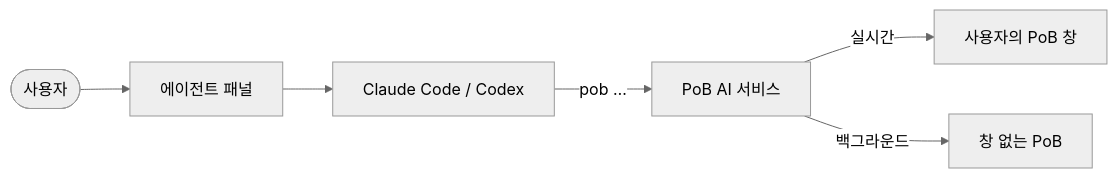
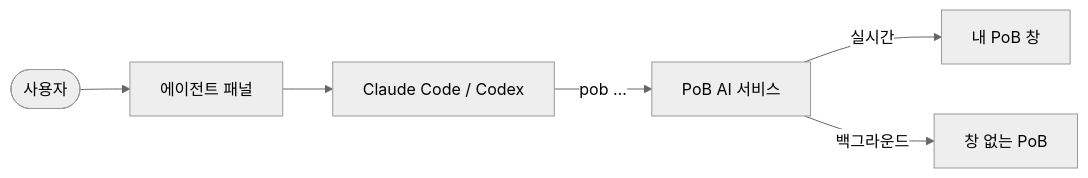
Before and after one commit to tjdcks12/pob-ai: the diagram in README.ko.md, drawn with Mermaid (neutral theme). The commit also changed other lines of this file and 76 other files, not shown here.

````diff
--- a/README.ko.md
+++ b/README.ko.md
@@ -114,8 +158,8 @@
 ```mermaid
 flowchart LR
   you([사용자]) --> panel[에이전트 패널]
   panel --> agent[Claude Code / Codex]
   agent -->|pob …| service[PoB AI 서비스]
-  service -->|실시간| pob[사용자의 PoB 창]
+  service -->|실시간| pob[내 PoB 창]
   service -->|백그라운드| engine[창 없는 PoB]
 ```
````
